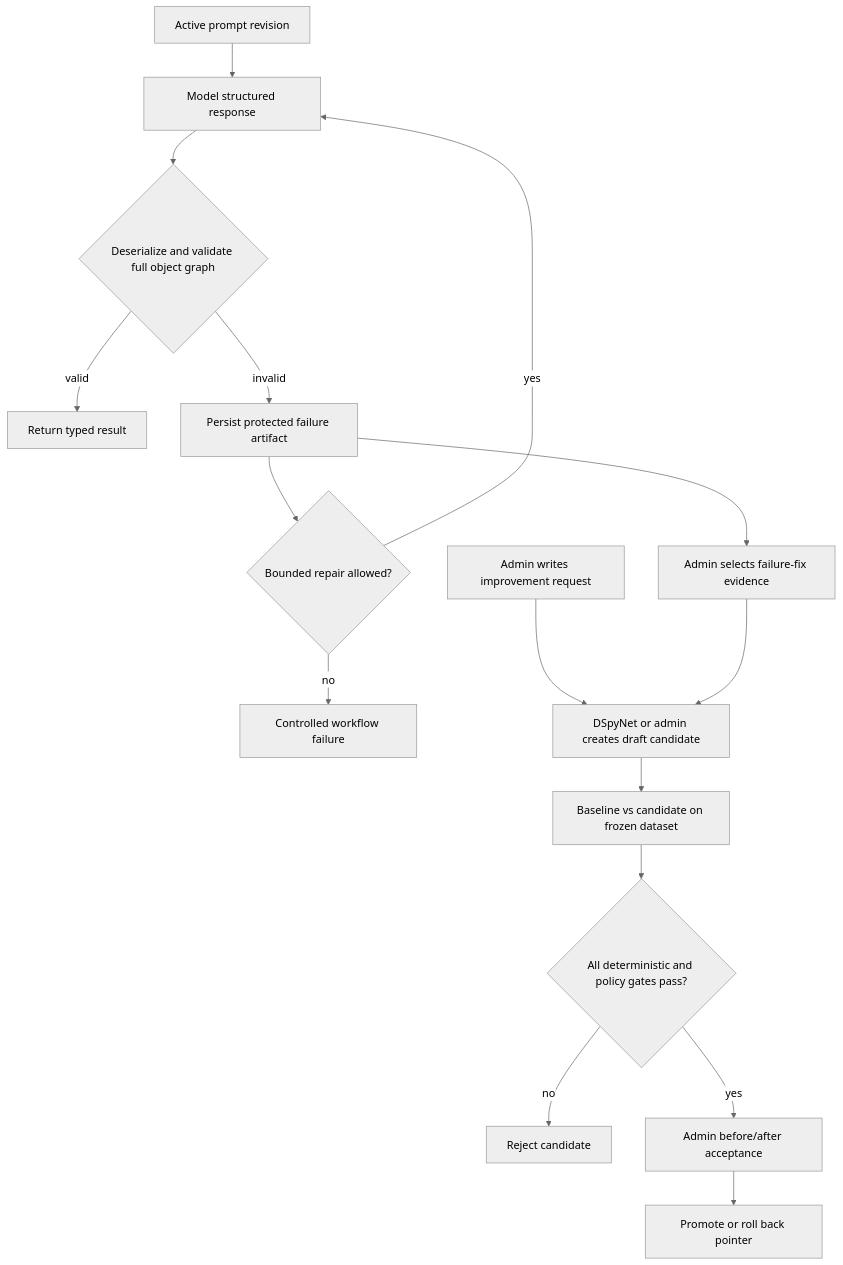
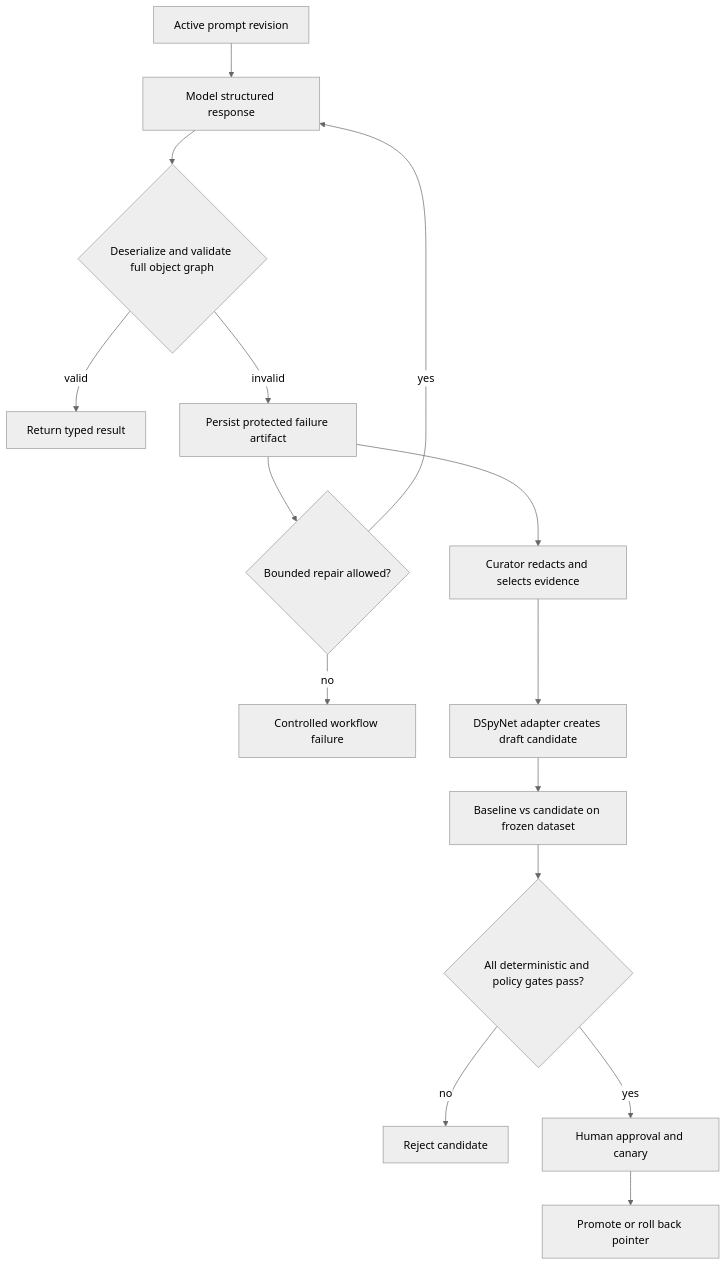
One commit to morganpizzini/MorWalPizVideo changed the third of 3 diagrams in docs/feature-handoffs/ai-prompt-orchestration-handoff.md. Above: the diagram before and after it, drawn with Mermaid (neutral theme). The commit also changed other lines of this file and 6 other files, not shown here.

````diff
--- a/docs/feature-handoffs/ai-prompt-orchestration-handoff.md
+++ b/docs/feature-handoffs/ai-prompt-orchestration-handoff.md
@@ -145,18 +138,17 @@
 ```mermaid
 flowchart TD
     A[Active prompt revision] --> B[Model structured response]
     B --> C{Deserialize and validate full object graph}
     C -->|valid| D[Return typed result]
     C -->|invalid| E[Persist protected failure artifact]
     E --> F{Bounded repair allowed?}
     F -->|yes| B
     F -->|no| G[Controlled workflow failure]
-    E --> H[Admin selects failure-fix evidence]
-    O[Admin writes improvement request] --> I
-    H --> I[DSpyNet or admin creates draft candidate]
+    E --> H[Curator redacts and selects evidence]
+    H --> I[DSpyNet adapter creates draft candidate]
     I --> J[Baseline vs candidate on frozen dataset]
     J --> K{All deterministic and policy gates pass?}
     K -->|no| L[Reject candidate]
-    K -->|yes| M[Admin before/after acceptance]
+    K -->|yes| M[Human approval and canary]
     M --> N[Promote or roll back pointer]
 ```
````
